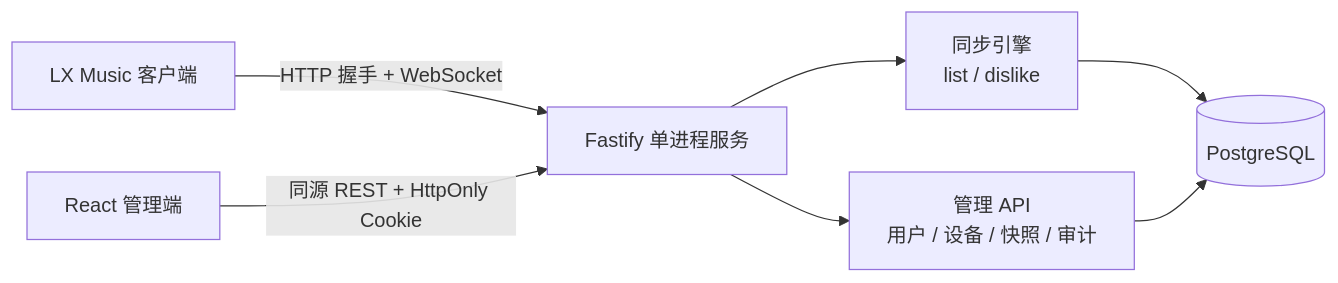
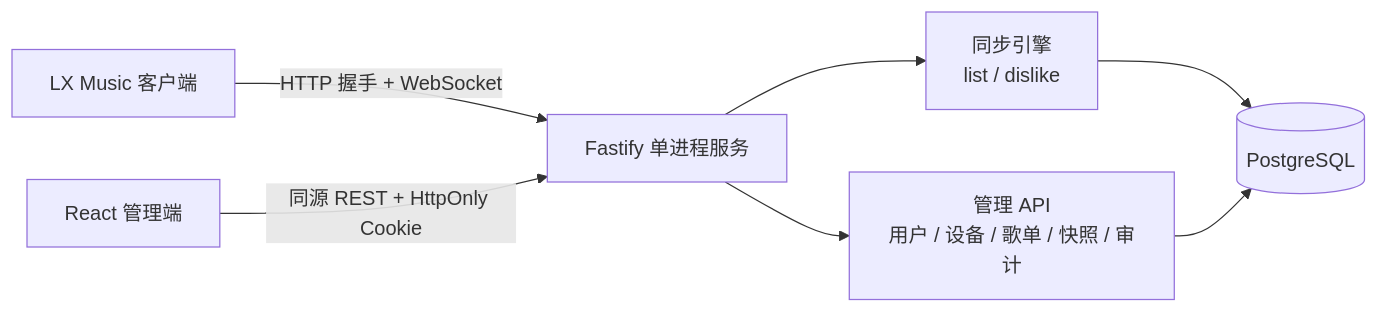
One commit to Elykia093/LX-Sync changed the diagram in README.md. Above: the diagram before and after it, drawn with Mermaid. The commit also changed other lines of this file and 9 other files, not shown here.

````diff
--- a/README.md
+++ b/README.md
@@ -21,9 +23,9 @@
 ```mermaid
 flowchart LR
   LX["LX Music 客户端"] -->|"HTTP 握手 + WebSocket"| S["Fastify 单进程服务"]
   W["React 管理端"] -->|"同源 REST + HttpOnly Cookie"| S
   S --> E["同步引擎\nlist / dislike"]
-  S --> A["管理 API\n用户 / 设备 / 快照 / 审计"]
+  S --> A["管理 API\n用户 / 设备 / 歌单 / 快照 / 审计"]
   E --> P[("PostgreSQL")]
   A --> P
 ```
````
